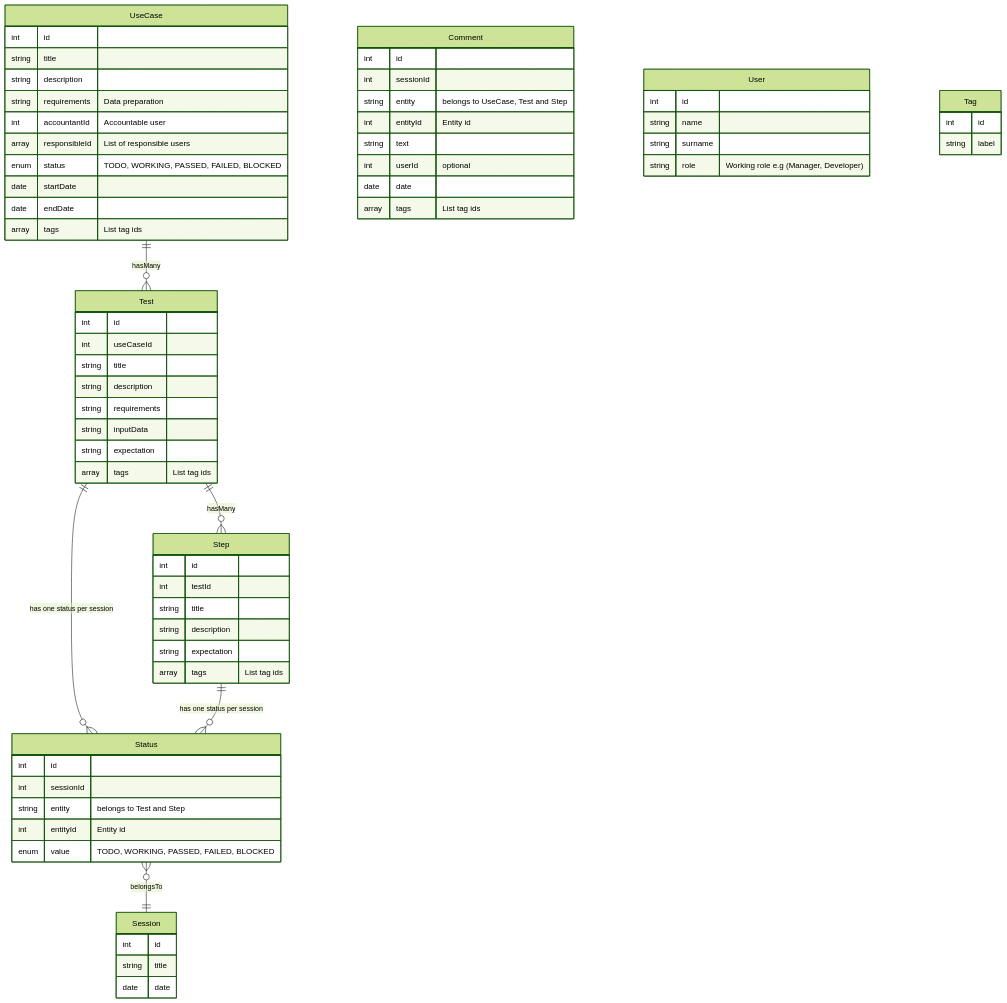
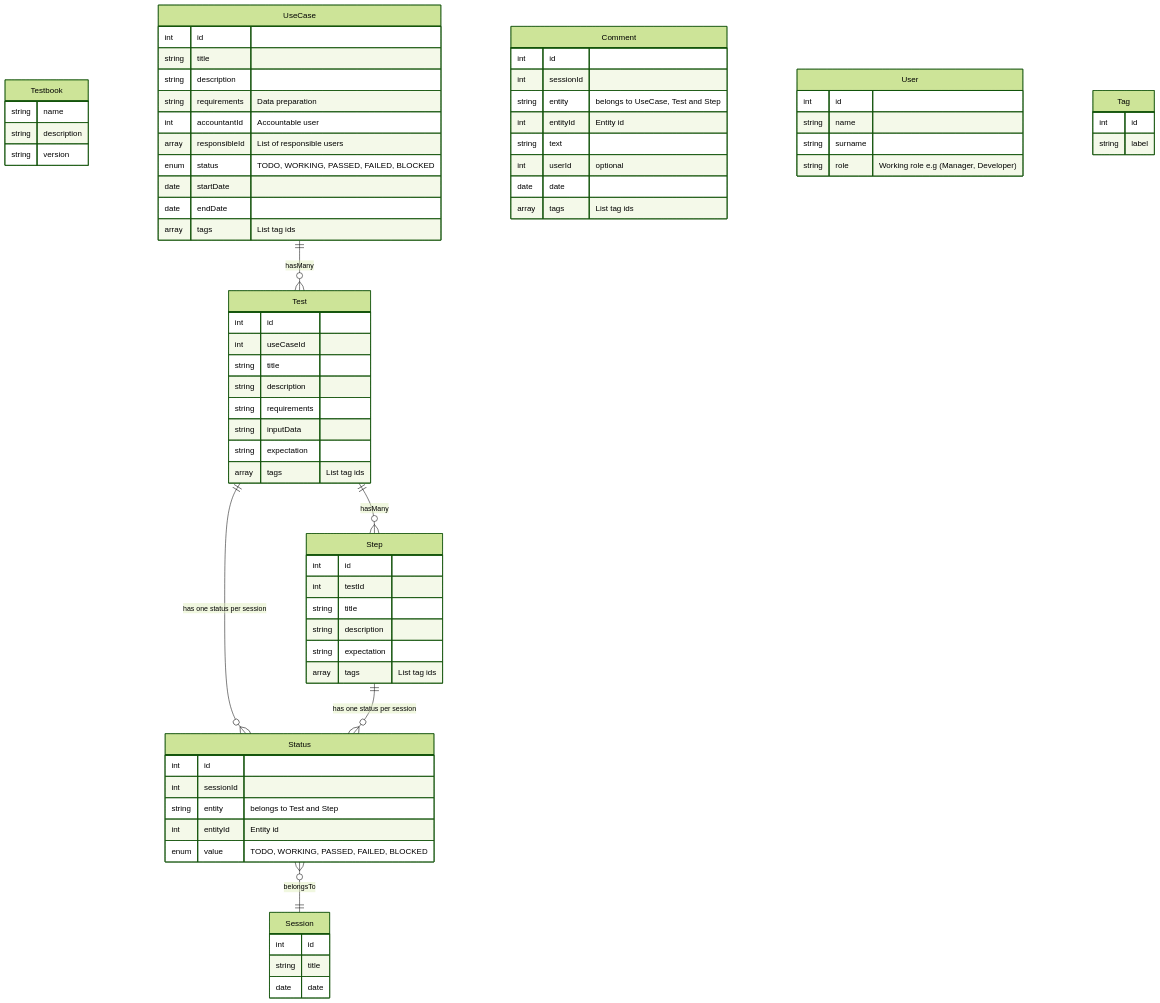
The diagram in doc/data-model.md (intesys/ytestbook), drawn with Mermaid (forest theme) before and after one commit.

Commit message:
Add Testbook data model

````diff
--- a/doc/data-model.md
+++ b/doc/data-model.md
@@ -12,70 +12,75 @@
 ```mermaid
 erDiagram
+  Testbook{
+    string name
+    string description
+    string version
+  }
   UseCase {
     int id
     string title
     string description
     string requirements "Data preparation"
     int accountantId "Accountable user"
     array responsibleId "List of responsible users"
     enum status "TODO, WORKING, PASSED, FAILED, BLOCKED"
     date startDate
     date endDate
     array tags "List tag ids"
   }
   Test {
     int id
     int useCaseId
     string title
     string description
     string requirements
     string inputData
     string expectation
     array tags "List tag ids"
   }
   Step {
     int id
     int testId
     string title
     string description
     string expectation
     array tags "List tag ids"
   }
   Session {
     int id
     string title
     date date
   }
   Status {
     int id
     int sessionId
     string entity "belongs to Test and Step"
     int entityId "Entity id"
     enum value "TODO, WORKING, PASSED, FAILED, BLOCKED"
   }
   Comment {
     int id
     int sessionId
     string entity "belongs to UseCase, Test and Step"
     int entityId "Entity id"
     string text
     int userId "optional"
     date date
     array tags "List tag ids"
   }
   User {
     int id
     string name
     string surname
     string role "Working role e.g (Manager, Developer)"
   }
   Tag {
     int id
     string label
   }
   UseCase   ||--o{   Test     : hasMany
   Test      ||--o{   Step     : hasMany
   Test      ||--o{   Status   : "has one status per session" 
   Step      ||--o{   Status   : "has one status per session"
   Status    }o--||   Session  : belongsTo
 ```
````
